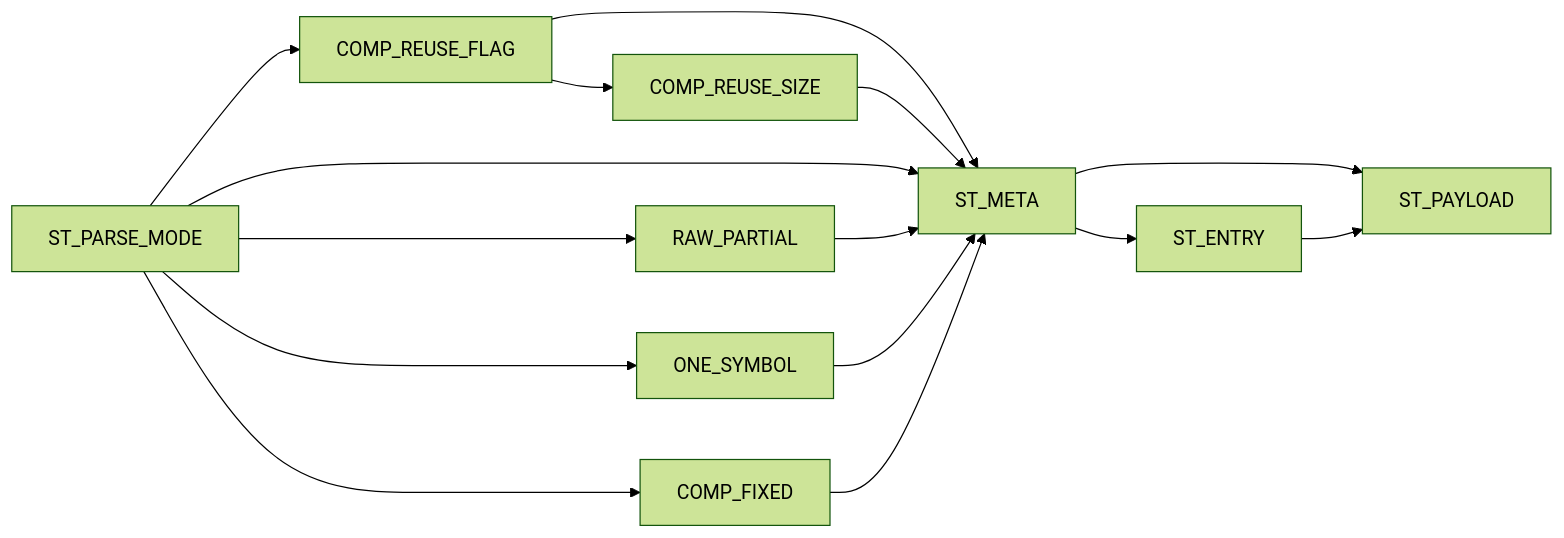
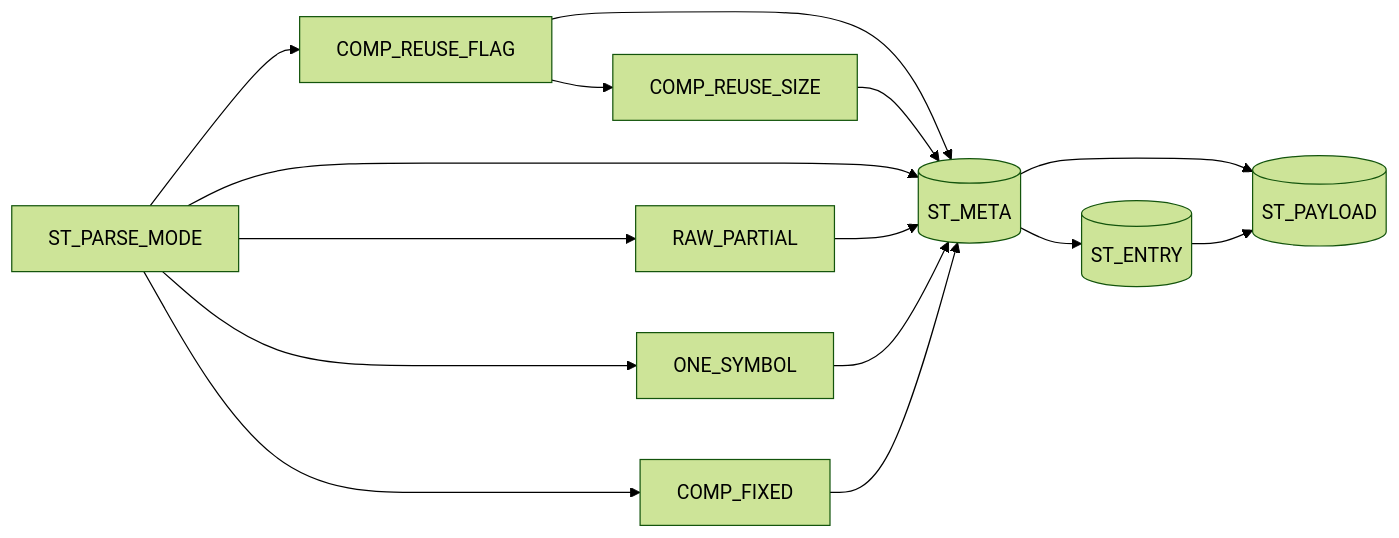
The diagram in docs/huffman_block_parser_spec.md (ngoquocan139/AES_huffman_all6), drawn with Mermaid (forest theme) before and after one commit. The commit also changed 28 other files, not shown here.

````diff
--- a/docs/huffman_block_parser_spec.md
+++ b/docs/huffman_block_parser_spec.md
@@ -39,17 +39,17 @@
 ```mermaid
 flowchart LR
   M["ST_PARSE_MODE"] --> RP["RAW_PARTIAL"]
   M --> OS["ONE_SYMBOL"]
   M --> CF["COMP_FIXED"]
   M --> CRF["COMP_REUSE_FLAG"]
   CRF --> CRS["COMP_REUSE_SIZE"]
   CRF --> META
   CRS --> META
-  M --> META["ST_META"]
+  M --> META[("ST_META")]
   RP --> META
   OS --> META
   CF --> META
-  META --> ENT["ST_ENTRY"]
-  META --> PAY["ST_PAYLOAD"]
+  META --> ENT[("ST_ENTRY")]
+  META --> PAY[("ST_PAYLOAD")]
   ENT --> PAY
 ```
````
